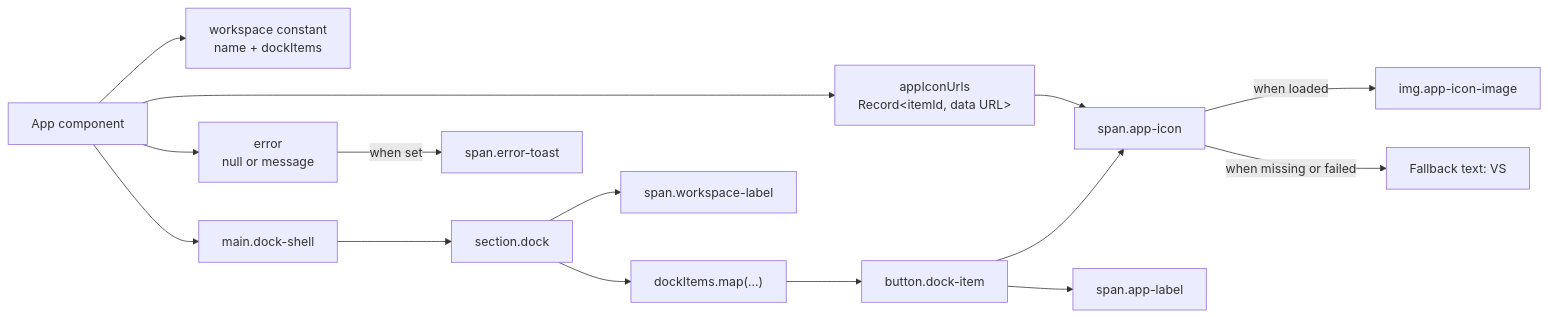
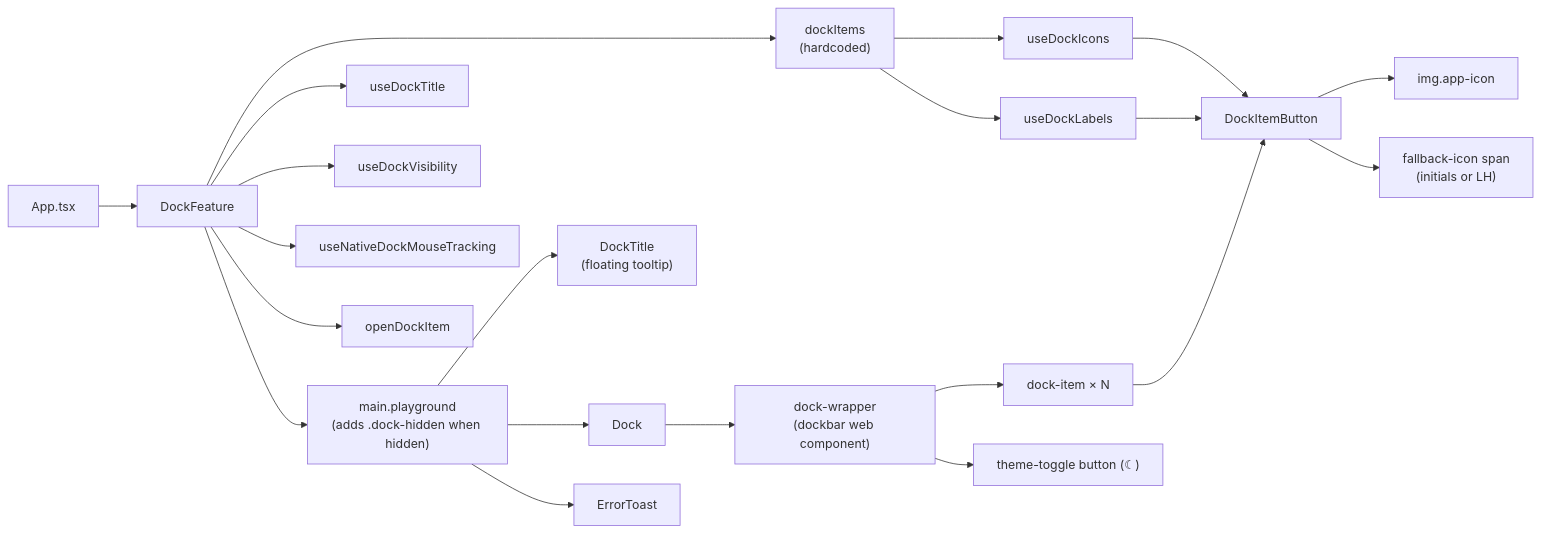
The second of 7 diagrams in ARCHITECTURE.md (Westluu/Workspaces), drawn with Mermaid before and after one commit. The commit also changed other lines of this file and 1 other file, not shown here.

Commit message:
update: updated architecture file and made plan for next steps

````diff
--- a/ARCHITECTURE.md
+++ b/ARCHITECTURE.md
@@ -71,32 +89,43 @@
 ```mermaid
 flowchart LR
-  App["App component"]
-  Workspace["workspace constant<br/>name + dockItems"]
-  IconState["appIconUrls<br/>Record&lt;itemId, data URL&gt;"]
-  ErrorState["error<br/>null or message"]
-  DockShell["main.dock-shell"]
-  Dock["section.dock"]
-  WorkspaceChip["span.workspace-label"]
-  Map["dockItems.map(...)"]
-  Button["button.dock-item"]
-  Icon["span.app-icon"]
-  Img["img.app-icon-image"]
-  Fallback["Fallback text: VS"]
-  Label["span.app-label"]
-  Toast["span.error-toast"]
+  App["App.tsx"]
+  Feature["DockFeature"]
+  Items["dockItems<br/>(hardcoded)"]
+  IconsHook["useDockIcons"]
+  LabelsHook["useDockLabels"]
+  TitleHook["useDockTitle"]
+  VisibilityHook["useDockVisibility"]
+  NativeMouseHook["useNativeDockMouseTracking"]
+  DockService["openDockItem"]
+  Main["main.playground<br/>(adds .dock-hidden when hidden)"]
+  DockTitle["DockTitle<br/>(floating tooltip)"]
+  Dock["Dock"]
+  Wrapper["dock-wrapper<br/>(dockbar web component)"]
+  ItemSlot["dock-item × N"]
+  ItemButton["DockItemButton"]
+  Img["img.app-icon"]
+  Fallback["fallback-icon span<br/>(initials or LH)"]
+  ThemeBtn["theme-toggle button (☾)"]
+  Toast["ErrorToast"]
 
-  App --> Workspace
-  App --> IconState
-  App --> ErrorState
-  App --> DockShell
-  DockShell --> Dock
-  Dock --> WorkspaceChip
-  Dock --> Map
-  Map --> Button
-  Button --> Icon
-  Button --> Label
-  IconState --> Icon
-  Icon -->|when loaded| Img
-  Icon -->|when missing or failed| Fallback
-  ErrorState -->|when set| Toast
+  App --> Feature
+  Feature --> Items
+  Items --> IconsHook
+  Items --> LabelsHook
+  Feature --> TitleHook
+  Feature --> VisibilityHook
+  Feature --> NativeMouseHook
+  Feature --> DockService
+  Feature --> Main
+  Main --> DockTitle
+  Main --> Dock
+  Dock --> Wrapper
+  Wrapper --> ItemSlot
+  Wrapper --> ThemeBtn
+  ItemSlot --> ItemButton
+  ItemButton --> Img
+  ItemButton --> Fallback
+  IconsHook --> ItemButton
+  LabelsHook --> ItemButton
+  Main --> Toast
 ```
````
